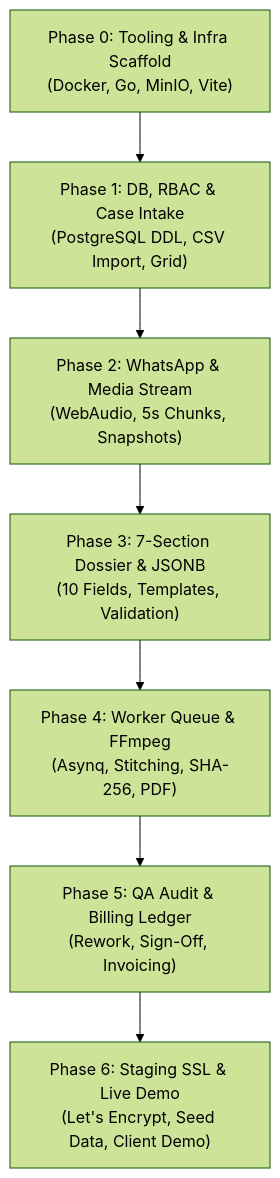
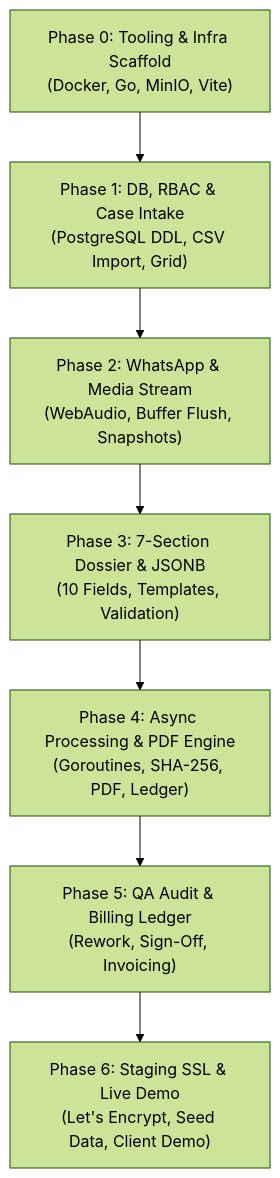
One commit to RajThak-998/claimverificationdossierintelligencesystem changed the diagram in obs/15_Complete_Development_Lifecycle_and_Roadmap.md. Above: the diagram before and after it, drawn with Mermaid (forest theme). The commit also changed other lines of this file and 10 other files, not shown here.

````diff
--- a/obs/15_Complete_Development_Lifecycle_and_Roadmap.md
+++ b/obs/15_Complete_Development_Lifecycle_and_Roadmap.md
@@ -17,9 +17,9 @@
 ```mermaid
 flowchart TD
     P0["Phase 0: Tooling & Infra Scaffold<br/>(Docker, Go, MinIO, Vite)"] --> P1["Phase 1: DB, RBAC & Case Intake<br/>(PostgreSQL DDL, CSV Import, Grid)"]
-    P1 --> P2["Phase 2: WhatsApp & Media Stream<br/>(WebAudio, 5s Chunks, Snapshots)"]
+    P1 --> P2["Phase 2: WhatsApp & Media Stream<br/>(WebAudio, Buffer Flush, Snapshots)"]
     P2 --> P3["Phase 3: 7-Section Dossier & JSONB<br/>(10 Fields, Templates, Validation)"]
-    P3 --> P4["Phase 4: Worker Queue & FFmpeg<br/>(Asynq, Stitching, SHA-256, PDF)"]
+    P3 --> P4["Phase 4: Async Processing & PDF Engine<br/>(Goroutines, SHA-256, PDF, Ledger)"]
     P4 --> P5["Phase 5: QA Audit & Billing Ledger<br/>(Rework, Sign-Off, Invoicing)"]
     P5 --> P6["Phase 6: Staging SSL & Live Demo<br/>(Let's Encrypt, Seed Data, Client Demo)"]
 ```
````
